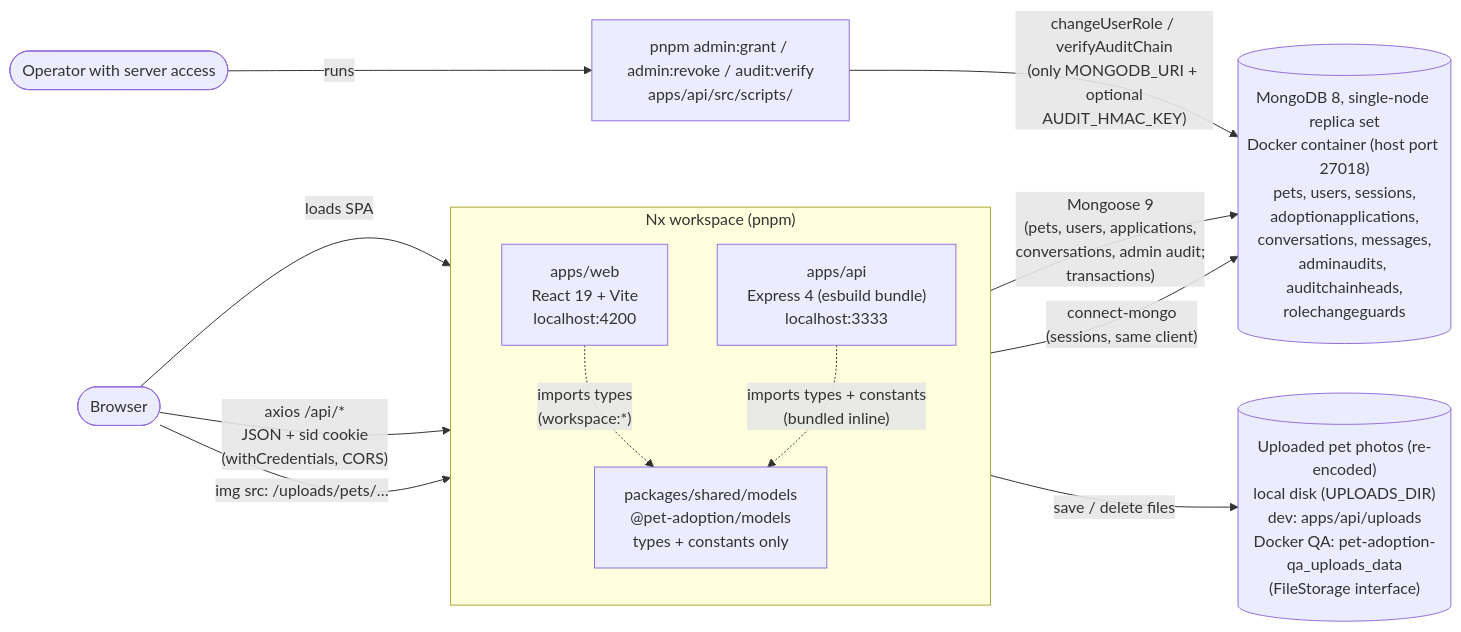
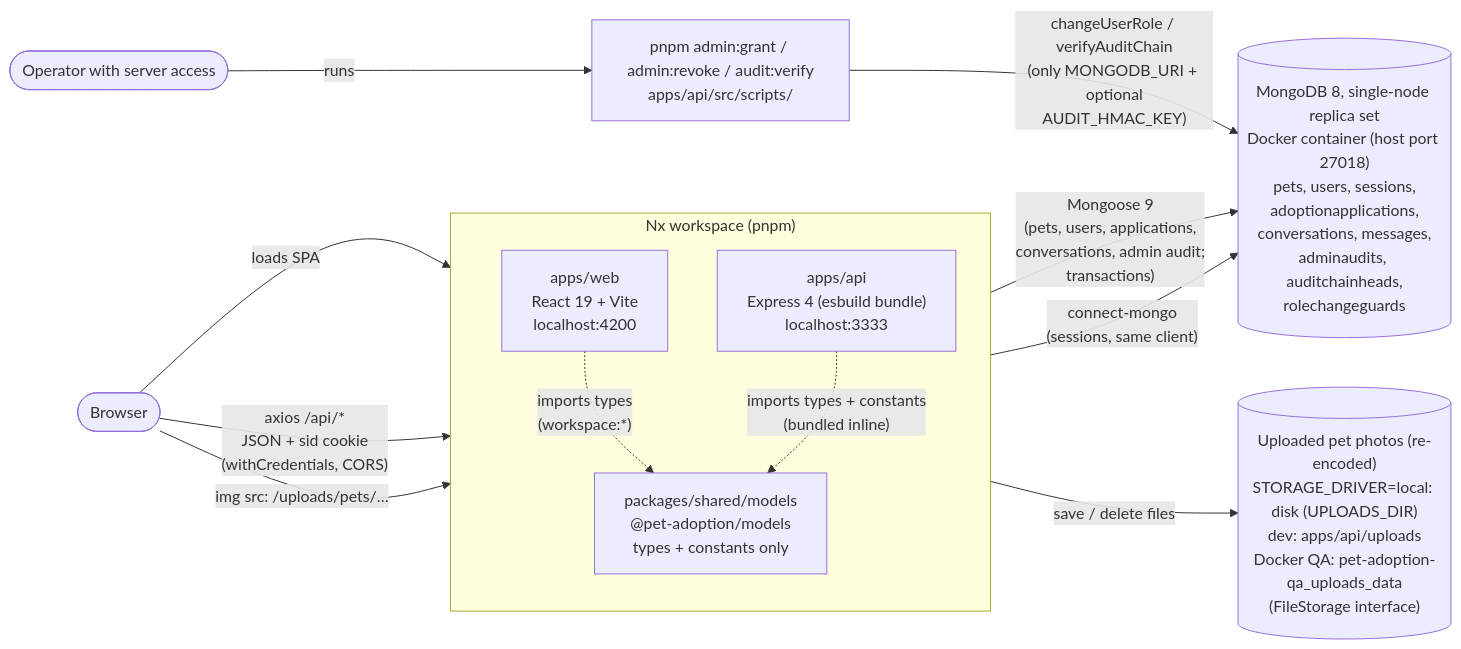
Before and after one commit to BojanSovtic/pet-adoption-system: the first of 14 diagrams in docs/architecture.md, drawn with Mermaid. The commit also changed other lines of this file and 1 other file, not shown here.

First line of the commit message:
docs: describe hosted demo architecture and fix stale CLAUDE.md references

````diff
--- a/docs/architecture.md
+++ b/docs/architecture.md
@@ -9,26 +11,26 @@
 ```mermaid
 flowchart LR
   subgraph nx["Nx workspace (pnpm)"]
     direction TB
     web["apps/web<br/>React 19 + Vite<br/>localhost:4200"]
     api["apps/api<br/>Express 4 (esbuild bundle)<br/>localhost:3333"]
     models["packages/shared/models<br/>@pet-adoption/models<br/>types + constants only"]
   end
 
   browser(["Browser"])
   operator(["Operator with server access"])
   cli["pnpm admin:grant / admin:revoke / audit:verify<br/>apps/api/src/scripts/"]
   mongo[("MongoDB 8, single-node replica set<br/>Docker container (host port 27018)<br/>pets, users, sessions,<br/>adoptionapplications,<br/>conversations, messages,<br/>adminaudits, auditchainheads,<br/>rolechangeguards")]
 
   browser -- "loads SPA" --> web
   browser -- "axios /api/*<br/>JSON + sid cookie<br/>(withCredentials, CORS)" --> api
   web -. "imports types<br/>(workspace:*)" .-> models
   api -. "imports types + constants<br/>(bundled inline)" .-> models
   api -- "Mongoose 9<br/>(pets, users, applications,<br/>conversations, admin audit;<br/>transactions)" --> mongo
   api -- "connect-mongo<br/>(sessions, same client)" --> mongo
   operator -- "runs" --> cli
   cli -- "changeUserRole / verifyAuditChain<br/>(only MONGODB_URI + optional<br/>AUDIT_HMAC_KEY)" --> mongo
-  uploads[("Uploaded pet photos (re-encoded)<br/>local disk (UPLOADS_DIR)<br/>dev: apps/api/uploads<br/>Docker QA: pet-adoption-qa_uploads_data<br/>(FileStorage interface)")]
+  uploads[("Uploaded pet photos (re-encoded)<br/>STORAGE_DRIVER=local: disk (UPLOADS_DIR)<br/>dev: apps/api/uploads<br/>Docker QA: pet-adoption-qa_uploads_data<br/>(FileStorage interface)")]
   api -- "save / delete files" --> uploads
   browser -- "img src: /uploads/pets/…" --> api
 ```
````
